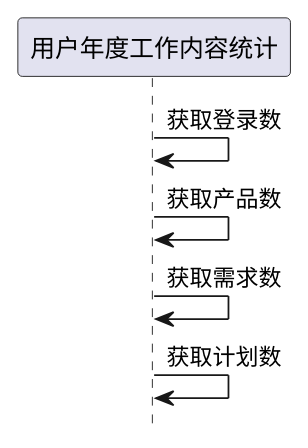
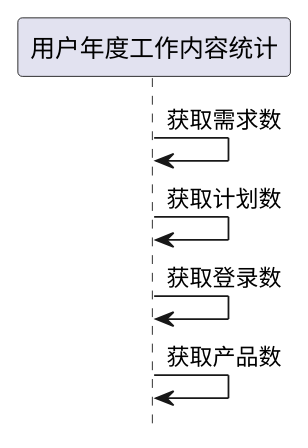
One commit to zj335841911/nt_chandao changed the third of 5 diagrams in ibizpms-docs/src/main/doc/v1/module/ibiz/UserYearWorkStats_old.md. Above: the diagram before and after it, drawn with PlantUML. The commit also changed other lines of this file and 2125 other files, not shown here.

```diff
--- a/ibizpms-docs/src/main/doc/v1/module/ibiz/UserYearWorkStats_old.md
+++ b/ibizpms-docs/src/main/doc/v1/module/ibiz/UserYearWorkStats_old.md
@@ -185,8 +185,8 @@
 {% plantuml %}
 hide footbox
 
+用户年度工作内容统计 -> 用户年度工作内容统计: 获取需求数
+用户年度工作内容统计 -> 用户年度工作内容统计: 获取计划数
 用户年度工作内容统计 -> 用户年度工作内容统计: 获取登录数
 用户年度工作内容统计 -> 用户年度工作内容统计: 获取产品数
-用户年度工作内容统计 -> 用户年度工作内容统计: 获取需求数
-用户年度工作内容统计 -> 用户年度工作内容统计: 获取计划数
 {% endplantuml %}
```
